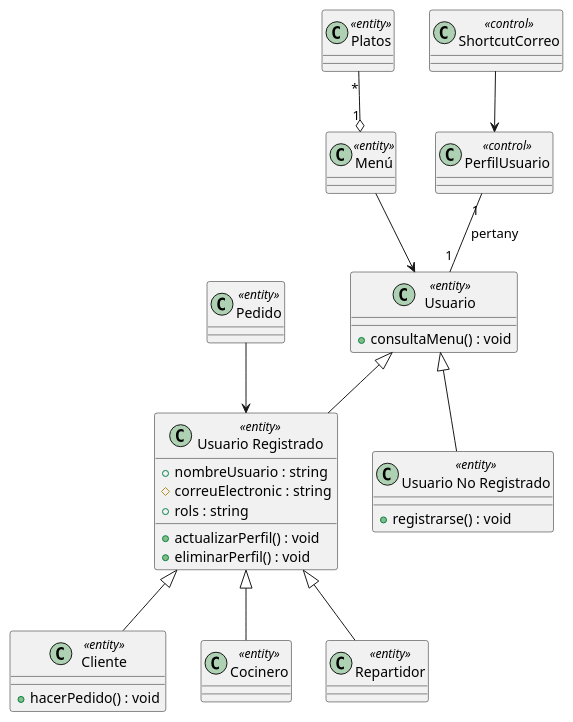
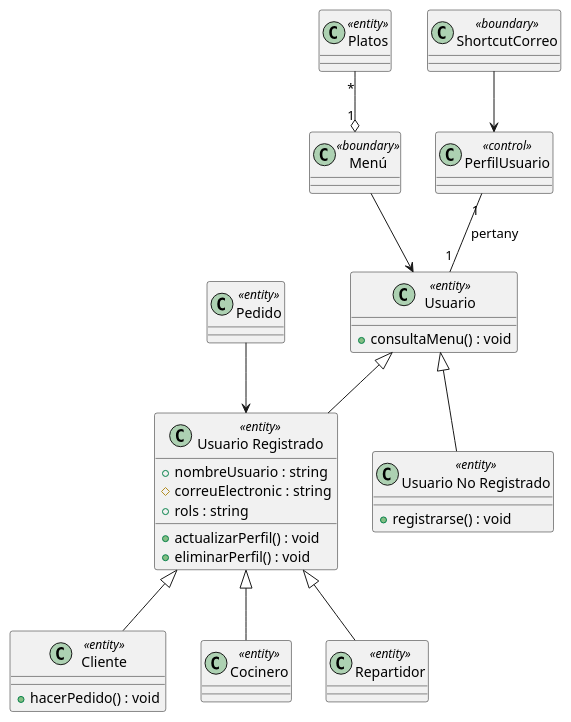
Before and after one commit to dabien3/ES25UAB-511-05: the diagram in documents/Diagrama Clases/CodeUML/bloq1.pUML, drawn with PlantUML.

```diff
--- a/documents/Diagrama Clases/CodeUML/bloq1.pUML
+++ b/documents/Diagrama Clases/CodeUML/bloq1.pUML
@@ -1,43 +1,43 @@
 @startuml
 class Usuario <<entity>>
 {
    +consultaMenu() : void
 }
 class "Usuario Registrado" as UsuarioRegistrado <<entity>>
 {
    +nombreUsuario : string
    #correuElectronic : string
    +rols : string
    +actualizarPerfil() : void
    +eliminarPerfil() : void
    
 }
 class "Usuario No Registrado" as UsuarioNoRegistrado <<entity>>
 {
    +registrarse() : void
 }
 class Cliente <<entity>>
 {
    +hacerPedido() : void
 }
 class Cocinero <<entity>>
 class Repartidor <<entity>>
 class Pedido <<entity>>
-class Menú <<entity>>
-class ShortcutCorreo <<control>>
+class Menú <<boundary>>
+class ShortcutCorreo <<boundary>>
 class PerfilUsuario <<control>>
 class Platos <<entity>>
 
 Usuario <|-- UsuarioRegistrado
 Usuario <|-- UsuarioNoRegistrado
 UsuarioRegistrado <|-- Cliente
 UsuarioRegistrado <|-- Cocinero
 UsuarioRegistrado <|-- Repartidor
 Pedido --> UsuarioRegistrado
 Menú --> Usuario
 PerfilUsuario "1" -- "1" Usuario : pertany
 Platos "*" --o "1" Menú
 ShortcutCorreo --> PerfilUsuario
 
 
 @enduml
```
